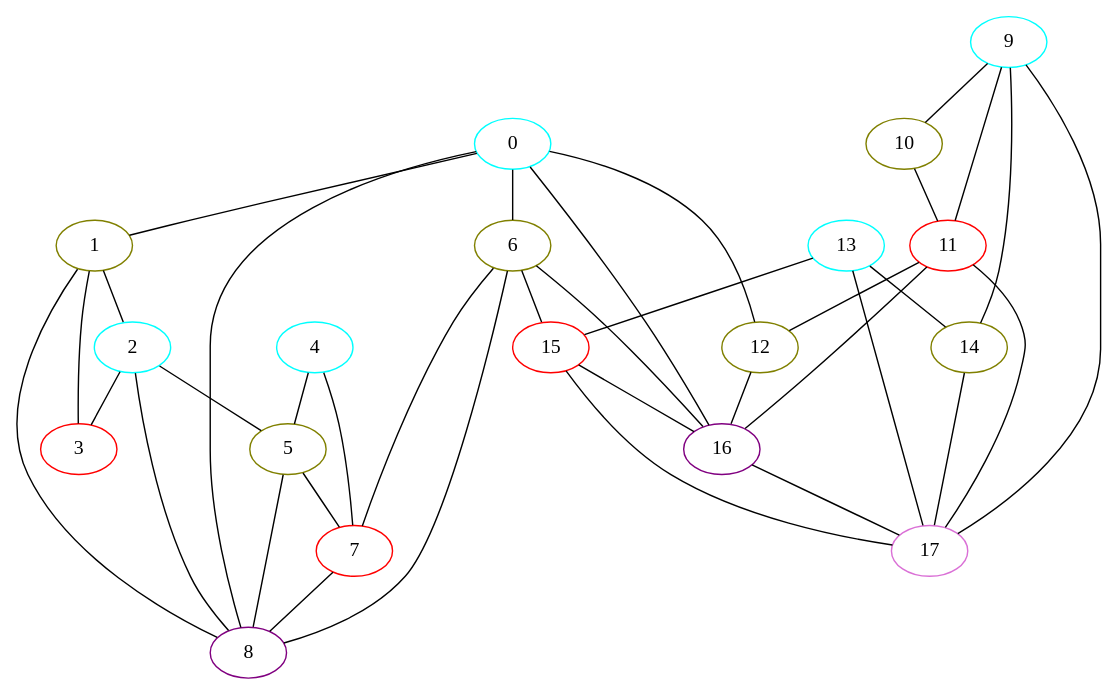
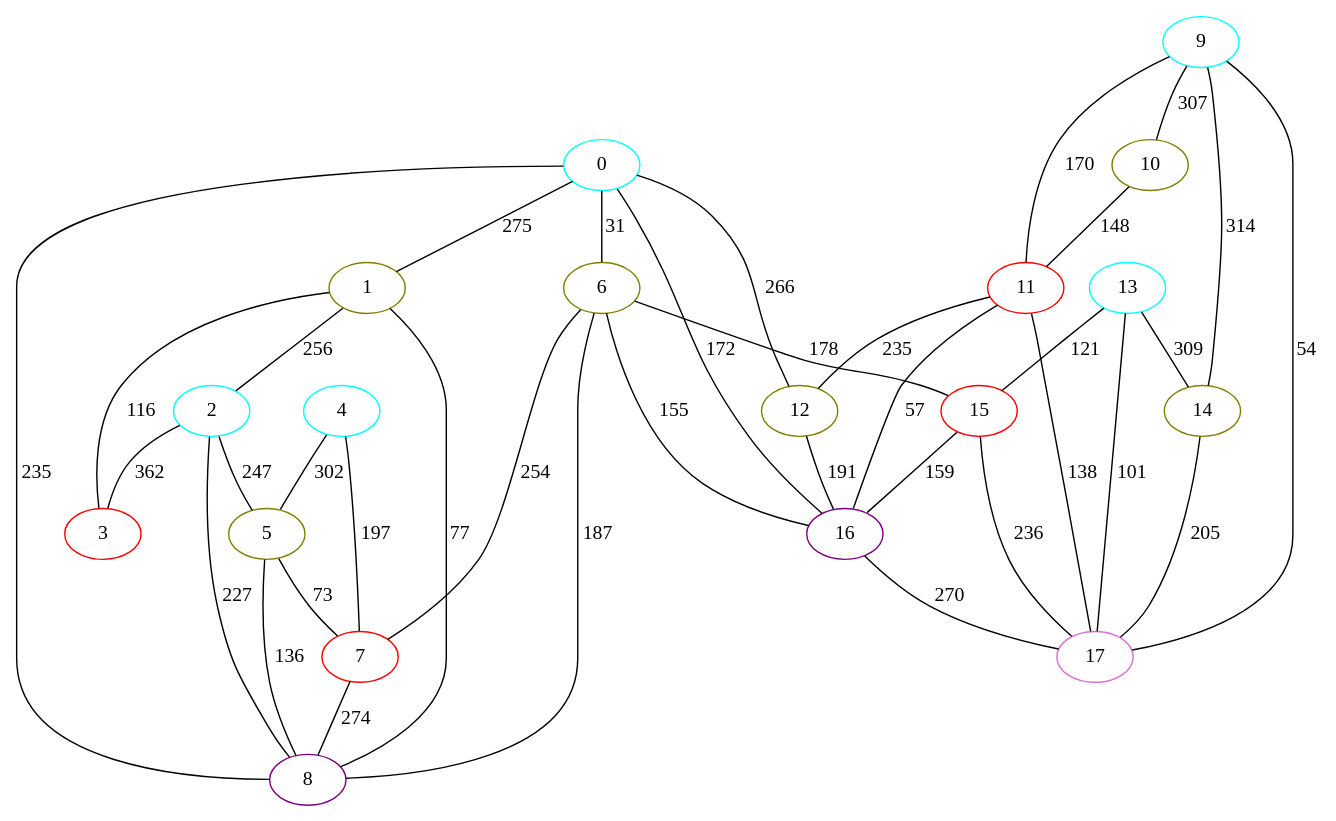
One commit to ktkachov/Airfoil-FPGA changed the diagram in graphs/meshColoured.dot. Above: the diagram before and after it, drawn with Graphviz. The commit also changed 2 other files, not shown here.

```diff
--- a/graphs/meshColoured.dot
+++ b/graphs/meshColoured.dot
@@ -1,56 +1,56 @@
-graph coloured_mesh {
+graph mesh {
 	0[color="aqua"];
 	1[color="olive"];
 	2[color="aqua"];
 	3[color="red"];
 	4[color="aqua"];
 	5[color="olive"];
 	6[color="olive"];
 	7[color="red"];
 	8[color="purple"];
 	9[color="aqua"];
 	10[color="olive"];
 	11[color="red"];
 	12[color="olive"];
 	13[color="aqua"];
 	14[color="olive"];
 	15[color="red"];
 	16[color="purple"];
 	17[color="orchid"];
-	0 -- 16;
-	0 -- 6;
-	0 -- 8;
-	0 -- 1;
-	0 -- 12;
-	1 -- 8;
-	1 -- 2;
-	1 -- 3;
-	2 -- 8;
-	2 -- 5;
-	2 -- 3;
-	4 -- 7;
-	4 -- 5;
-	5 -- 7;
-	5 -- 8;
-	6 -- 15;
-	6 -- 7;
-	6 -- 16;
-	6 -- 8;
-	7 -- 8;
-	9 -- 14;
-	9 -- 17;
-	9 -- 11;
-	9 -- 10;
-	10 -- 11;
-	11 -- 17;
-	11 -- 16;
-	11 -- 12;
-	12 -- 16;
-	13 -- 15;
-	13 -- 17;
-	13 -- 14;
-	14 -- 17;
-	15 -- 17;
-	15 -- 16;
-	16 -- 17;
+	0 -- 16 [label=172];
+	0 -- 6 [label=31];
+	0 -- 8 [label=235];
+	0 -- 1 [label=275];
+	0 -- 12 [label=266];
+	1 -- 8 [label=77];
+	1 -- 2 [label=256];
+	1 -- 3 [label=116];
+	2 -- 8 [label=227];
+	2 -- 5 [label=247];
+	2 -- 3 [label=362];
+	4 -- 7 [label=197];
+	4 -- 5 [label=302];
+	5 -- 7 [label=73];
+	5 -- 8 [label=136];
+	6 -- 15 [label=178];
+	6 -- 7 [label=254];
+	6 -- 16 [label=155];
+	6 -- 8 [label=187];
+	7 -- 8 [label=274];
+	9 -- 14 [label=314];
+	9 -- 17 [label=54];
+	9 -- 11 [label=170];
+	9 -- 10 [label=307];
+	10 -- 11 [label=148];
+	11 -- 17 [label=138];
+	11 -- 16 [label=57];
+	11 -- 12 [label=235];
+	12 -- 16 [label=191];
+	13 -- 15 [label=121];
+	13 -- 17 [label=101];
+	13 -- 14 [label=309];
+	14 -- 17 [label=205];
+	15 -- 17 [label=236];
+	15 -- 16 [label=159];
+	16 -- 17 [label=270];
 }
```
